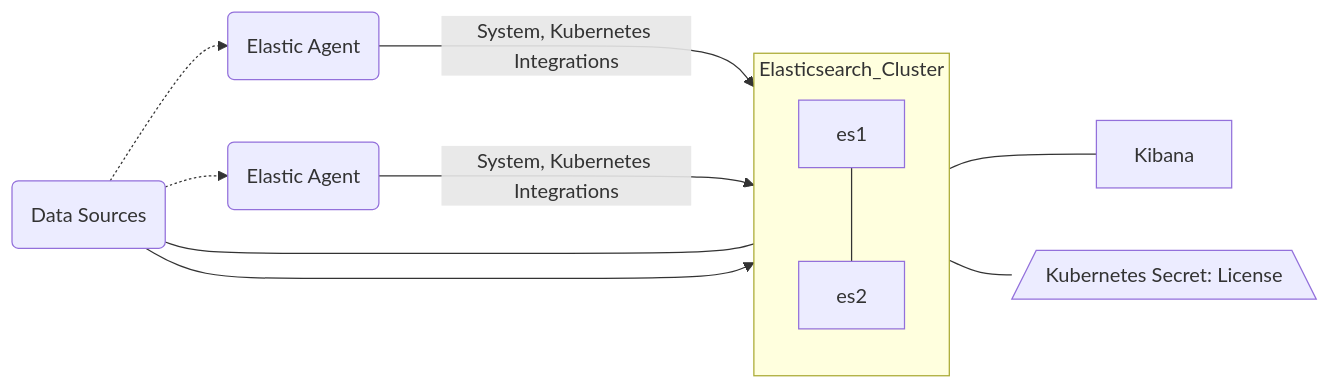
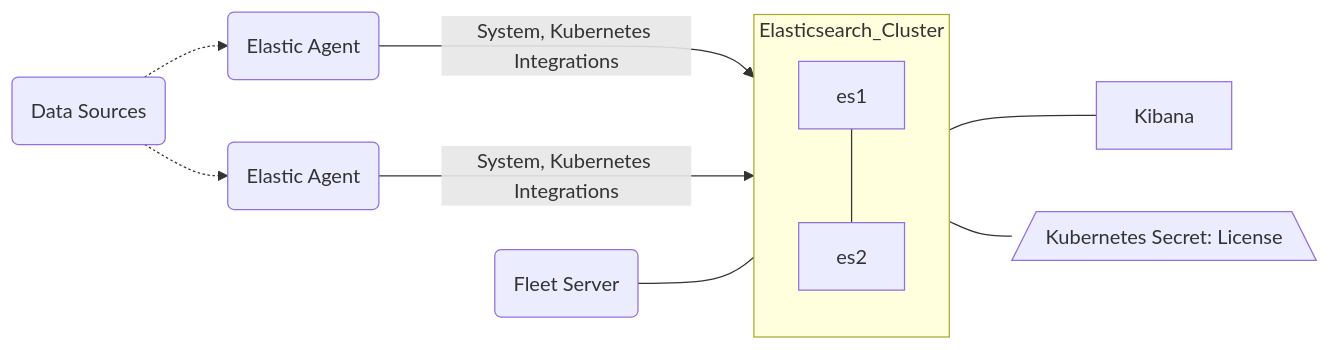
One commit to jdel12/eck-kittyhawk changed the diagram in quickstart/README.md. Above: the diagram before and after it, drawn with Mermaid.

Commit message:
diagramhotfix

````diff
--- a/quickstart/README.md
+++ b/quickstart/README.md
@@ -5,14 +5,13 @@
 ```mermaid
 flowchart LR
-	req(Fleet Server) -.-> req3
-	req(Fleet Server) -.-> req2
+	req(Data Sources) -.-> req3
+	req(Data Sources) -.-> req2
 	req2(Elastic Agent) ---> |System, Kubernetes Integrations|Elasticsearch_Cluster
 	req3(Elastic Agent) ---> |System, Kubernetes Integrations|Elasticsearch_Cluster
-	req(Fleet Server) --- Elasticsearch_Cluster
-	req(Data Sources) --> Elasticsearch_Cluster
+	req4(Fleet Server) --- Elasticsearch_Cluster
 	subgraph Elasticsearch_Cluster
 	es1 --- es2
 	end
 	Elasticsearch_Cluster --- Kibana
 	Elasticsearch_Cluster --- A[/Kubernetes Secret: License\]
 ```
````
